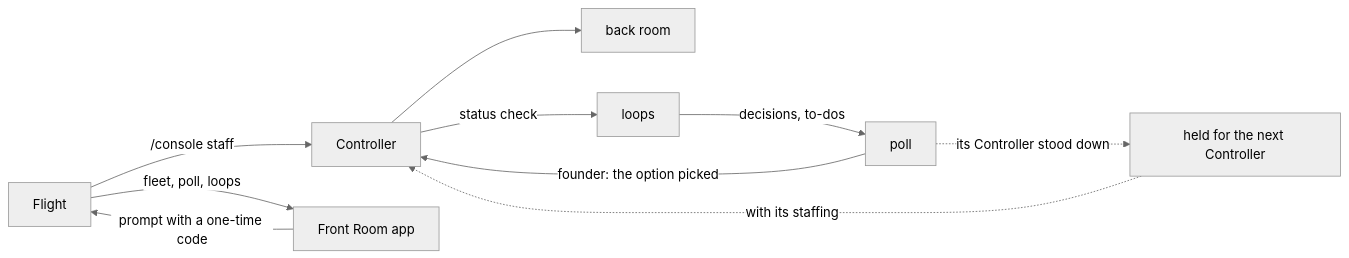
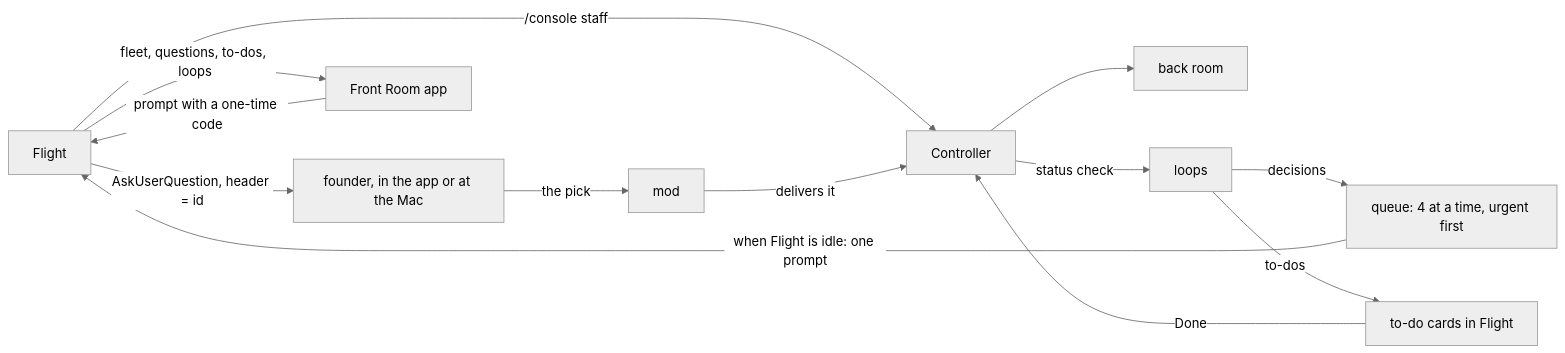
One commit to sultanassi95/mission-control changed the diagram in .claude/skills/fleet/SKILL.md. Above: the diagram before and after it, drawn with Mermaid (neutral theme). The commit also changed other lines of this file and 15 other files, not shown here.

First line of the commit message:
feat(mc-163): ask a controller's question as one of flight's own, and retire the poll (#42)

````diff
--- a/.claude/skills/fleet/SKILL.md
+++ b/.claude/skills/fleet/SKILL.md
@@ -29,12 +29,15 @@
 ```mermaid
 flowchart LR
   F[Flight] -->|/console staff| C[Controller]
   C --> B[back room]
   C -->|status check| L[loops]
-  L -->|decisions, to-dos| P[poll]
-  P -->|founder: the option picked| C
-  P -.->|its Controller stood down| H[held for the next Controller]
-  H -.->|with its staffing| C
+  L -->|decisions| Q[queue: 4 at a time, urgent first]
+  Q -->|when Flight is idle: one prompt| F
+  F -->|AskUserQuestion, header = id| U[founder, in the app or at the Mac]
+  U -->|the pick| M[mod]
+  M -->|delivers it| C
+  L -->|to-dos| T[to-do cards in Flight]
+  T -->|Done| C
   A[Front Room app] -->|prompt with a one-time code| F
-  F -->|fleet, poll, loops| A
+  F -->|fleet, questions, to-dos, loops| A
 ```
````
